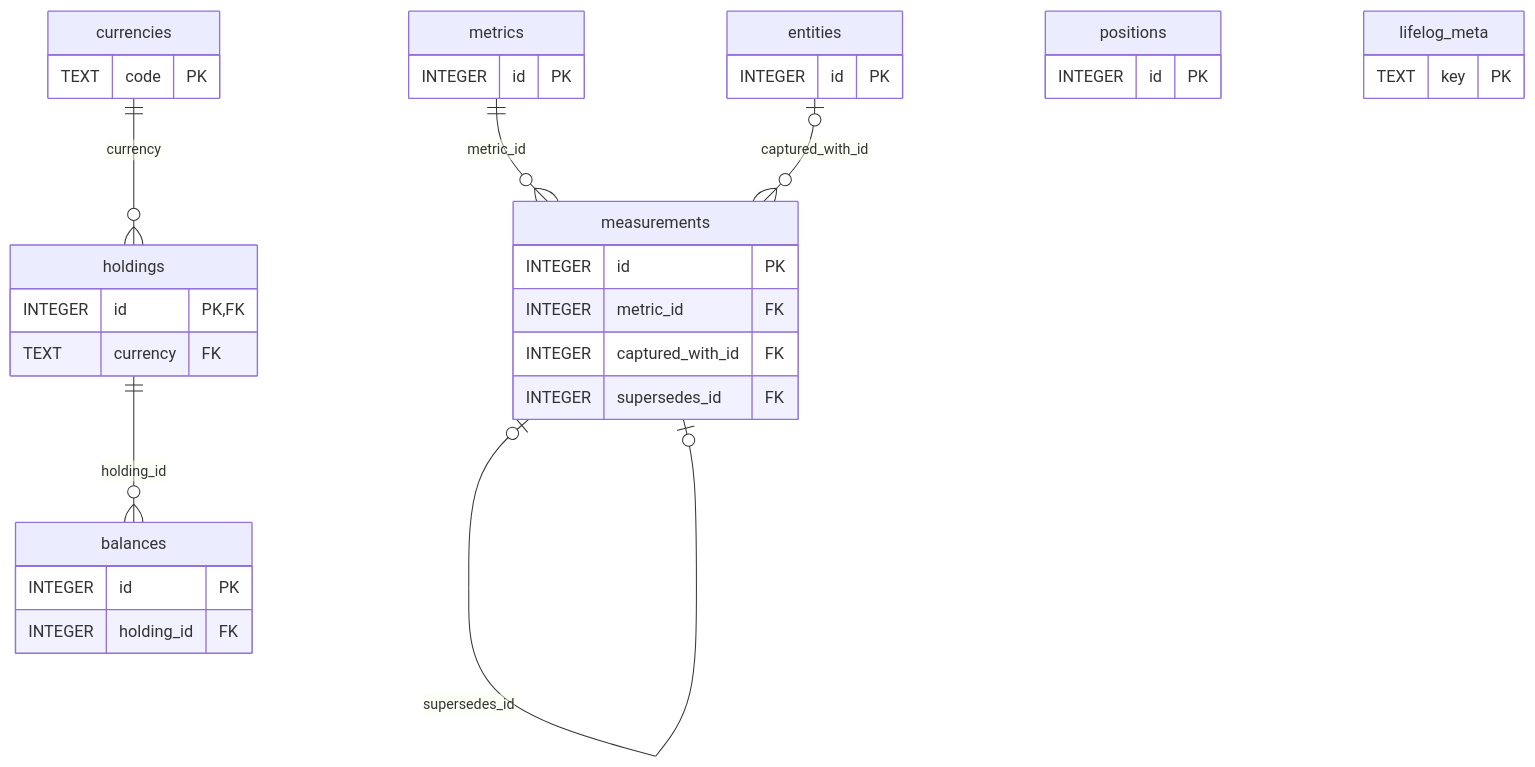
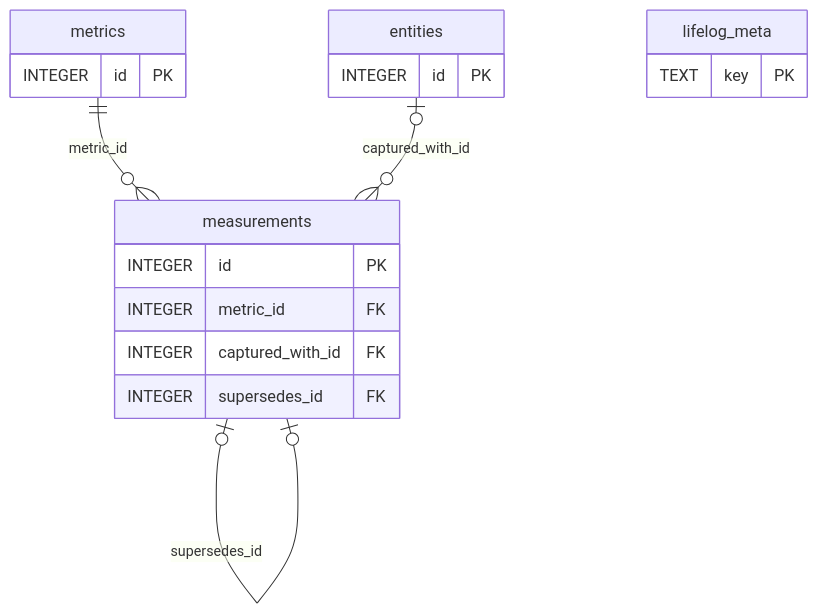
Before and after one commit to alexradunet/lifelogdb: the fourth of 7 diagrams in SCHEMA.md, drawn with Mermaid. The commit also changed other lines of this file and 19 other files, not shown here.

First line of the commit message:
SCHEMA.md: a life log, not a project manager — no tasks, money or location tier (D16, D18, D21, D23)

````diff
--- a/SCHEMA.md
+++ b/SCHEMA.md
@@ -1105,39 +890,23 @@
 ```mermaid
 %% diagram: er-facts
 erDiagram
     metrics     ||--o{ measurements : "metric_id"
     entities    |o--o{ measurements : "captured_with_id"
     measurements |o--o| measurements : "supersedes_id"
-    holdings    ||--o{ balances     : "holding_id"
-    currencies  ||--o{ holdings     : "currency"
 
     metrics {
         INTEGER id PK
     }
     measurements {
         INTEGER id PK
         INTEGER metric_id FK
         INTEGER captured_with_id FK
         INTEGER supersedes_id FK
     }
     entities {
         INTEGER id PK
     }
-    holdings {
-        INTEGER id PK, FK
-        TEXT currency FK
-    }
-    balances {
-        INTEGER id PK
-        INTEGER holding_id FK
-    }
-    currencies {
-        TEXT code PK
-    }
-    positions {
-        INTEGER id PK
-    }
     lifelog_meta {
         TEXT key PK
     }
 ```
````
